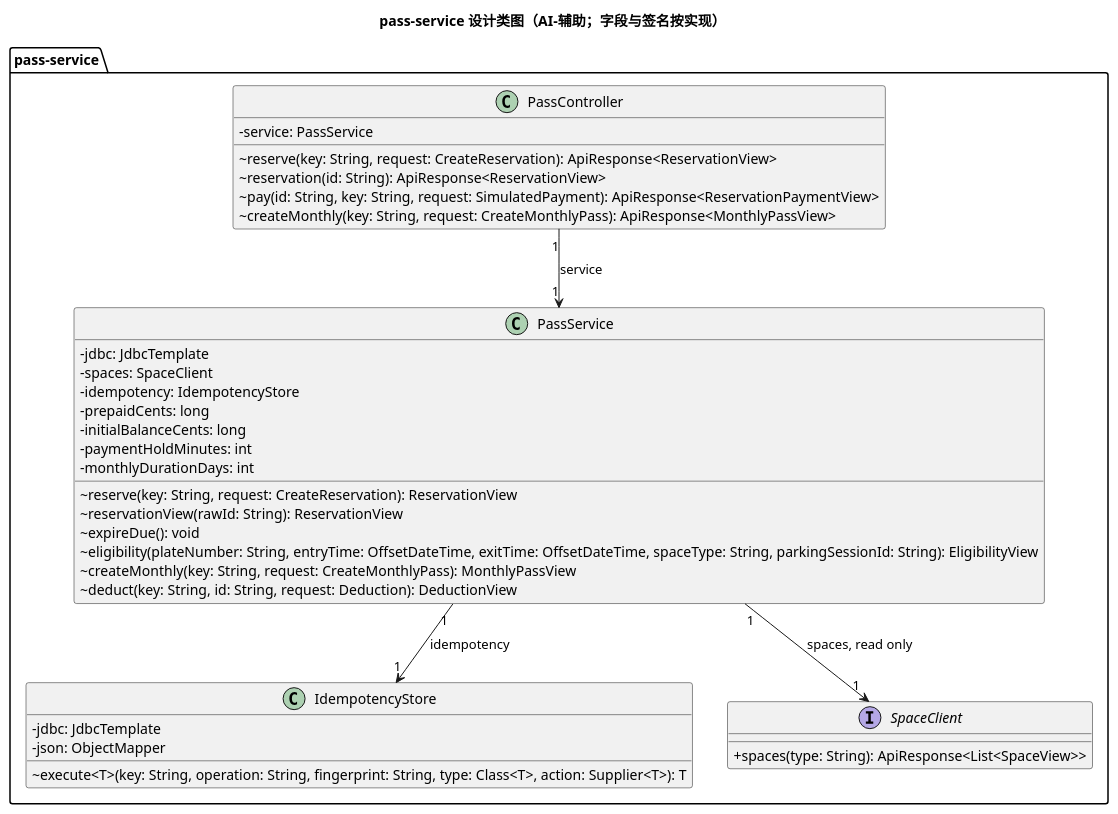
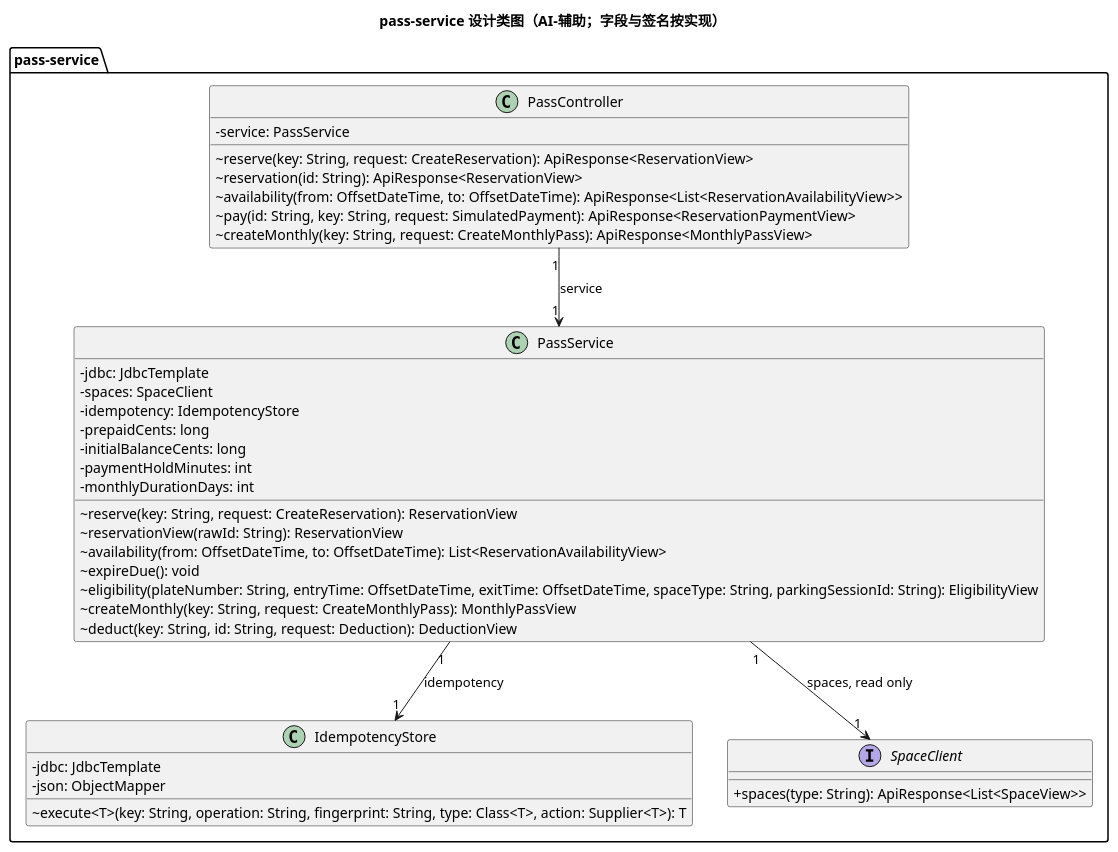
One commit to Gindama713/UMLWORK changed the fourth of 5 diagrams in models/15-design-classes.puml. Above: the diagram before and after it, drawn with PlantUML. The commit also changed 17 other files, not shown here.

Commit message:
Add reservation availability timeline

```diff
--- a/models/15-design-classes.puml
+++ b/models/15-design-classes.puml
@@ -163,39 +163,41 @@
 @startuml
 title pass-service 设计类图（AI-辅助；字段与签名按实现）
 skinparam classAttributeIconSize 0
 package "pass-service" {
   class PassController {
     -service: PassService
     ~reserve(key: String, request: CreateReservation): ApiResponse<ReservationView>
     ~reservation(id: String): ApiResponse<ReservationView>
+    ~availability(from: OffsetDateTime, to: OffsetDateTime): ApiResponse<List<ReservationAvailabilityView>>
     ~pay(id: String, key: String, request: SimulatedPayment): ApiResponse<ReservationPaymentView>
     ~createMonthly(key: String, request: CreateMonthlyPass): ApiResponse<MonthlyPassView>
   }
   class PassService {
     -jdbc: JdbcTemplate
     -spaces: SpaceClient
     -idempotency: IdempotencyStore
     -prepaidCents: long
     -initialBalanceCents: long
     -paymentHoldMinutes: int
     -monthlyDurationDays: int
     ~reserve(key: String, request: CreateReservation): ReservationView
     ~reservationView(rawId: String): ReservationView
+    ~availability(from: OffsetDateTime, to: OffsetDateTime): List<ReservationAvailabilityView>
     ~expireDue(): void
     ~eligibility(plateNumber: String, entryTime: OffsetDateTime, exitTime: OffsetDateTime, spaceType: String, parkingSessionId: String): EligibilityView
     ~createMonthly(key: String, request: CreateMonthlyPass): MonthlyPassView
     ~deduct(key: String, id: String, request: Deduction): DeductionView
   }
   class IdempotencyStore {
     -jdbc: JdbcTemplate
     -json: ObjectMapper
     ~execute<T>(key: String, operation: String, fingerprint: String, type: Class<T>, action: Supplier<T>): T
   }
   interface "SpaceClient" as PassSpaceClient {
     +spaces(type: String): ApiResponse<List<SpaceView>>
   }
   PassController "1" --> "1" PassService : service
   PassService "1" --> "1" IdempotencyStore : idempotency
   PassService "1" --> "1" PassSpaceClient : spaces, read only
 }
 @enduml
```
